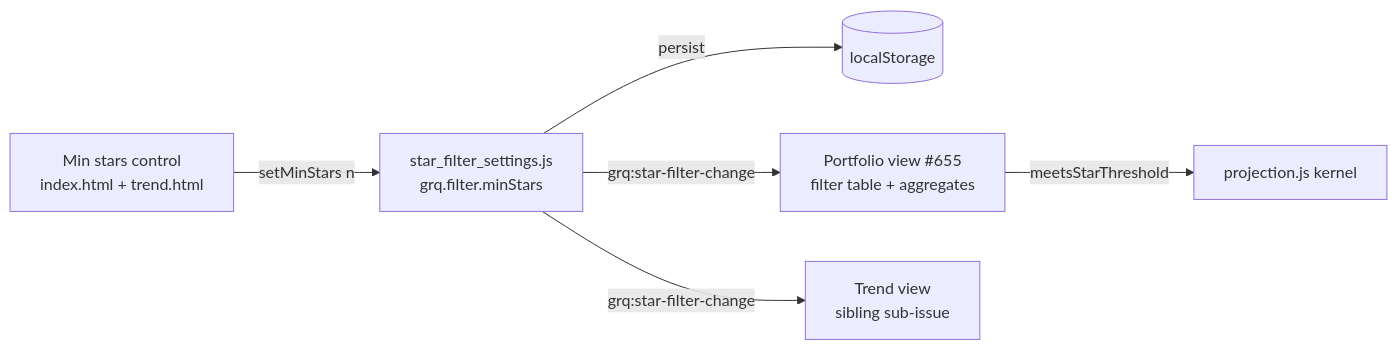
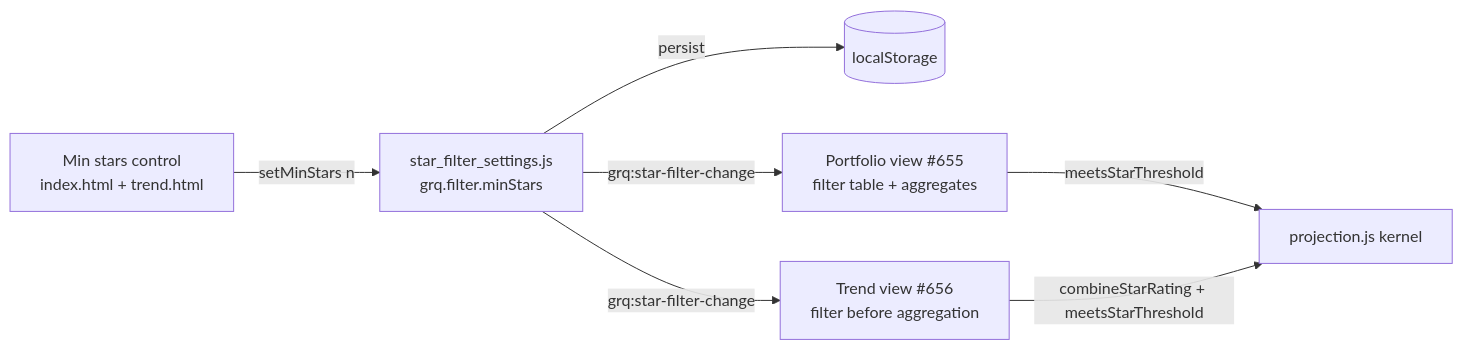
Before and after one commit to stSoftwareAU/GRQ-validation: the fifth of 8 diagrams in README.md, drawn with Mermaid. The commit also changed other lines of this file and 12 other files, not shown here.

First line of the commit message:
Join star ratings into the Trend pipeline and filter before aggregation (Issue #656)

````diff
--- a/README.md
+++ b/README.md
@@ -476,8 +489,9 @@
 ```mermaid
 flowchart LR
     A[Min stars control<br/>index.html + trend.html] -->|setMinStars n| B[star_filter_settings.js<br/>grq.filter.minStars]
     B -->|persist| C[(localStorage)]
     B -->|grq:star-filter-change| D[Portfolio view #655<br/>filter table + aggregates]
-    B -->|grq:star-filter-change| E[Trend view<br/>sibling sub-issue]
+    B -->|grq:star-filter-change| E[Trend view #656<br/>filter before aggregation]
     D -->|meetsStarThreshold| F[projection.js kernel]
+    E -->|combineStarRating + meetsStarThreshold| F
 ```
````
